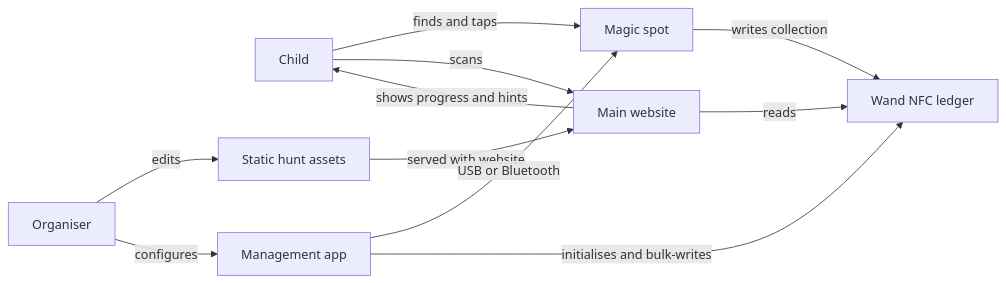
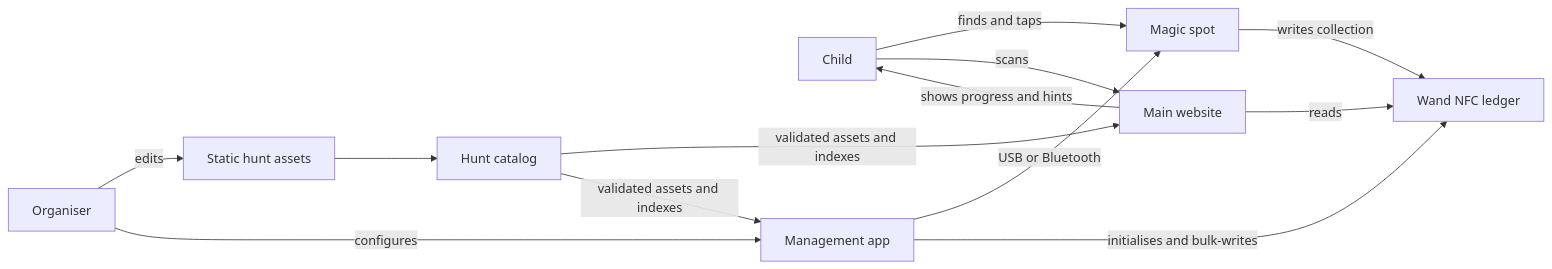
Before and after one commit to bnm12/magic-treasure-hunt-infra: the first of 3 diagrams in docs/reference/system-architecture-and-data-flows.md, drawn with Mermaid. The commit also changed other lines of this file and 19 other files, not shown here.

Commit message:
Centralize hunt asset catalog

````diff
--- a/docs/reference/system-architecture-and-data-flows.md
+++ b/docs/reference/system-architecture-and-data-flows.md
@@ -7,13 +7,15 @@
 ```mermaid
 flowchart LR
   Child[Child] -->|finds and taps| Spot[Magic spot]
   Spot -->|writes collection| Wand[Wand NFC ledger]
   Child -->|scans| Main[Main website]
   Main -->|reads| Wand
   Main -->|shows progress and hints| Child
   Organiser[Organiser] -->|edits| Assets[Static hunt assets]
-  Assets -->|served with website| Main
+  Assets --> Catalog[Hunt catalog]
+  Catalog -->|validated assets and indexes| Main
+  Catalog -->|validated assets and indexes| Management
   Organiser -->|configures| Management[Management app]
   Management -->|USB or Bluetooth| Spot
   Management -->|initialises and bulk-writes| Wand
 ```
````
